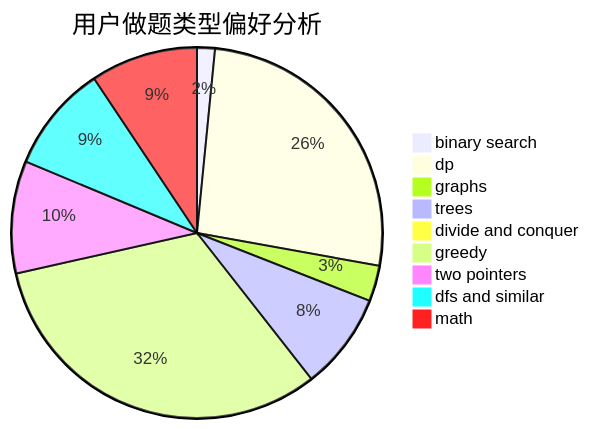
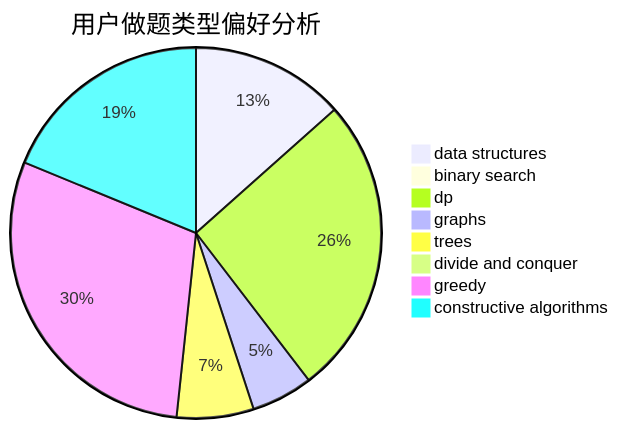
The second of 3 diagrams in docs/user/u2177.md (sherpahu/cfrs.github.io), drawn with Mermaid before and after one commit. The commit also changed other lines of this file and 2775 other files, not shown here.

````diff
--- a/docs/user/u2177.md
+++ b/docs/user/u2177.md
@@ -23,12 +23,11 @@
 ```mermaid
 pie title 用户做题类型偏好分析
-    "binary search" :  7
-    "dp" :  118
-    "graphs" :  14
-    "trees" :  38
+    "data structures" :  20
+    "binary search" :  0
+    "dp" :  39
+    "graphs" :  8
+    "trees" :  10
     "divide and conquer" :  0
-    "greedy" :  144
-    "two pointers" :  44
-    "dfs and similar" :  42
-    "math" :  42
+    "greedy" :  44
+    "constructive algorithms" :  28
 ```
````
